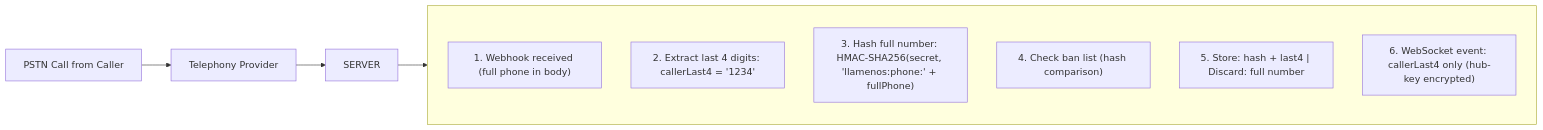
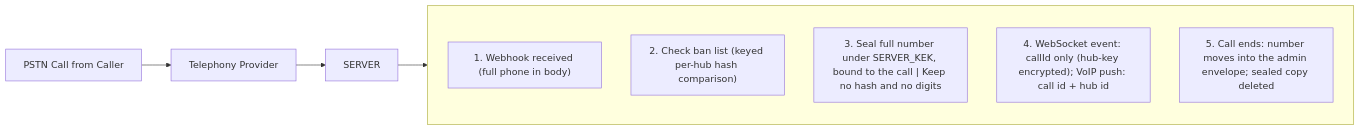
The second of 2 diagrams in docs/security/DATA_CLASSIFICATION.md (Llamenos-Hotline/llamenos-platform), drawn with Mermaid before and after one commit. The commit also changed other lines of this file and 52 other files, not shown here.

First line of the commit message:
fix(calls): no part of a caller's number is stored, sent or shown (#2262)

````diff
--- a/docs/security/DATA_CLASSIFICATION.md
+++ b/docs/security/DATA_CLASSIFICATION.md
@@ -487,17 +487,16 @@
 ```mermaid
 flowchart LR
     PSTN["PSTN Call from Caller"] --> Provider["Telephony Provider"]
     Provider --> Server["SERVER"]
 
     subgraph ServerSteps[" " ]
         direction TB
         S1["1. Webhook received (full phone in body)"]
-        S2["2. Extract last 4 digits: callerLast4 = '1234'"]
-        S3["3. Hash full number: HMAC-SHA256(secret, 'llamenos:phone:' + fullPhone)"]
-        S4["4. Check ban list (hash comparison)"]
-        S5["5. Store: hash + last4 | Discard: full number"]
-        S6["6. WebSocket event: callerLast4 only (hub-key encrypted)"]
+        S2["2. Check ban list (keyed per-hub hash comparison)"]
+        S3["3. Seal full number under SERVER_KEK, bound to the call | Keep no hash and no digits"]
+        S4["4. WebSocket event: callId only (hub-key encrypted); VoIP push: call id + hub id"]
+        S5["5. Call ends: number moves into the admin envelope; sealed copy deleted"]
     end
 
     Server --> ServerSteps
 ```
````
